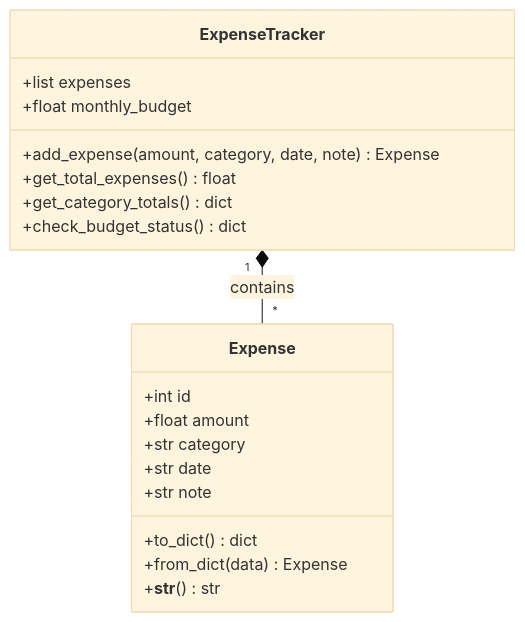
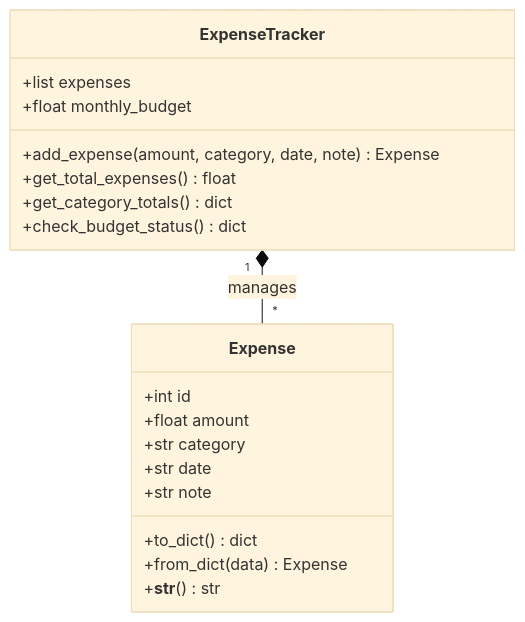
Before and after one commit to Aditya26bai10148-creator/student-expense-tracker: the fifth of 5 diagrams in PROJECT_REPORT.md, drawn with Mermaid (base theme). The commit also changed other lines of this file and 2 other files, not shown here.

````diff
--- a/PROJECT_REPORT.md
+++ b/PROJECT_REPORT.md
@@ -132,24 +149,24 @@
 ```mermaid
 classDiagram
     class Expense {
         +int id
         +float amount
         +str category
         +str date
         +str note
         +to_dict() dict
         +from_dict(data) Expense
         +__str__() str
     }
 
     class ExpenseTracker {
         +list expenses
         +float monthly_budget
         +add_expense(amount, category, date, note) Expense
         +get_total_expenses() float
         +get_category_totals() dict
         +check_budget_status() dict
     }
 
-    ExpenseTracker "1" *-- "*" Expense : contains
+    ExpenseTracker "1" *-- "*" Expense : manages
 ```
````
